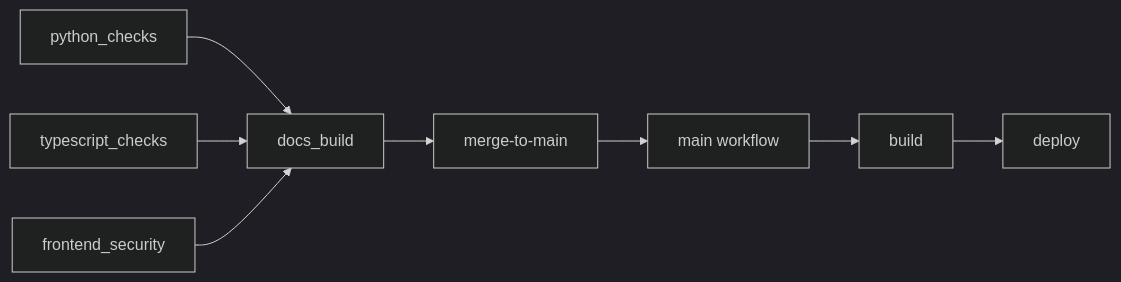
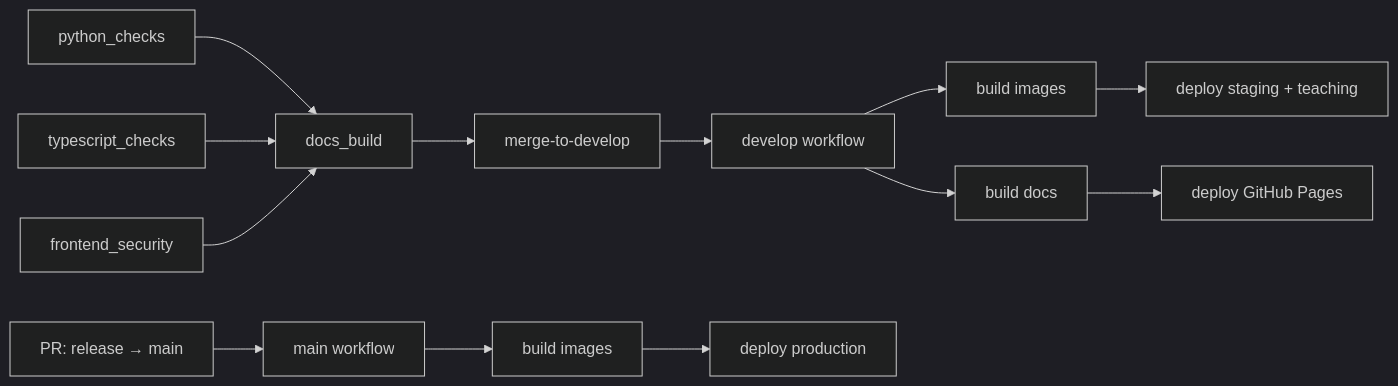
Before and after one commit to bailey-medics/quillmedical: the third of 3 diagrams in docs/docs/cicd/index.md, drawn with Mermaid (dark theme). The commit also changed other lines of this file, not shown here.

Commit message:
Update CI/CD docs to GitFlow branching strategy

````diff
--- a/docs/docs/cicd/index.md
+++ b/docs/docs/cicd/index.md
@@ -385,10 +465,15 @@
 ```mermaid
 graph LR
     A[python_checks] --> D[docs_build]
     B[typescript_checks] --> D
     C[frontend_security] --> D
-    D --> E[merge-to-main]
-    E --> F[main workflow]
-    F --> G[build]
-    G --> H[deploy]
+    D --> E[merge-to-develop]
+    E --> F[develop workflow]
+    F --> G[build images]
+    G --> H[deploy staging + teaching]
+    F --> I[build docs]
+    I --> J[deploy GitHub Pages]
+    K[PR: release → main] --> L[main workflow]
+    L --> M[build images]
+    M --> N[deploy production]
 ```
````
